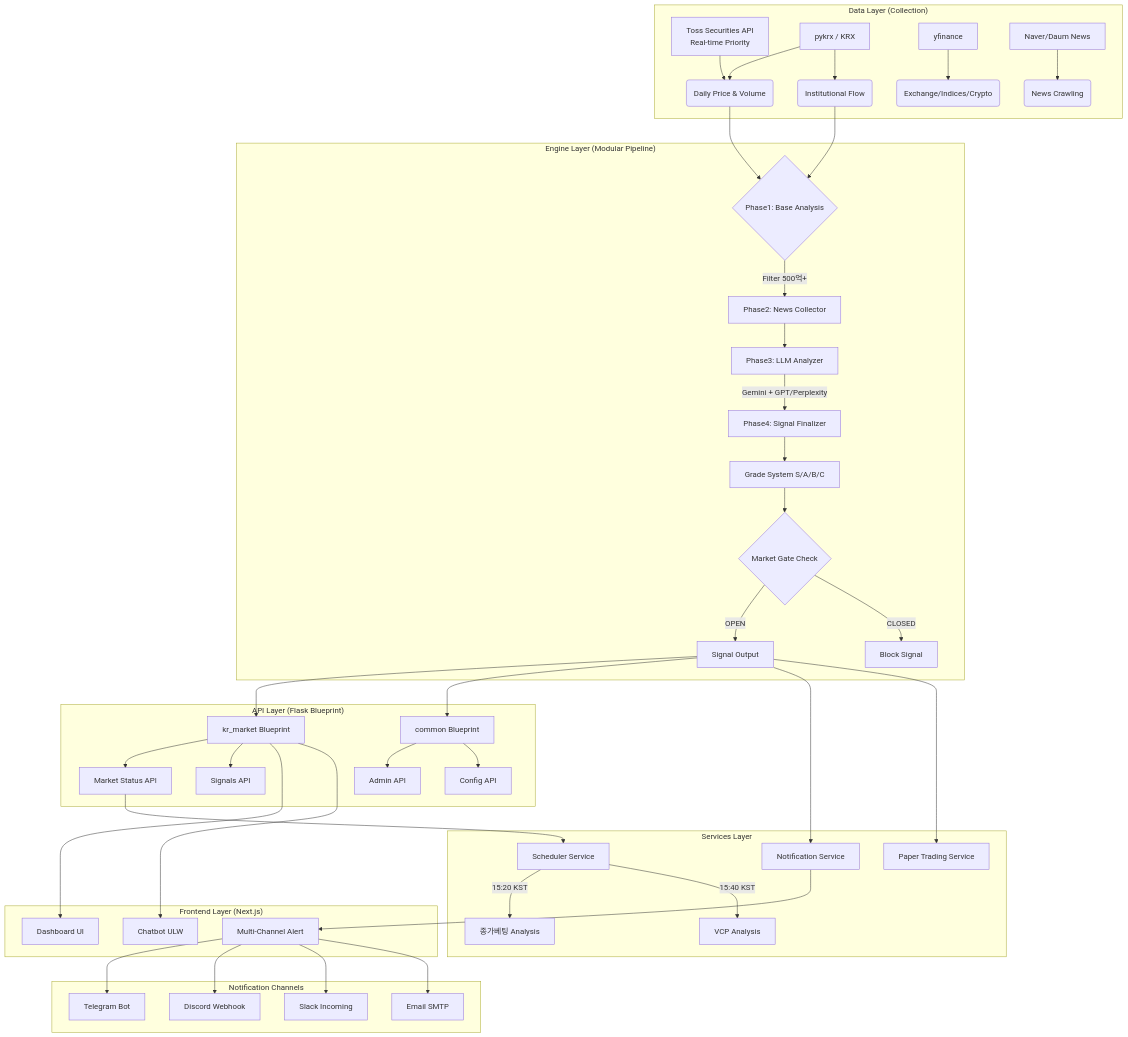
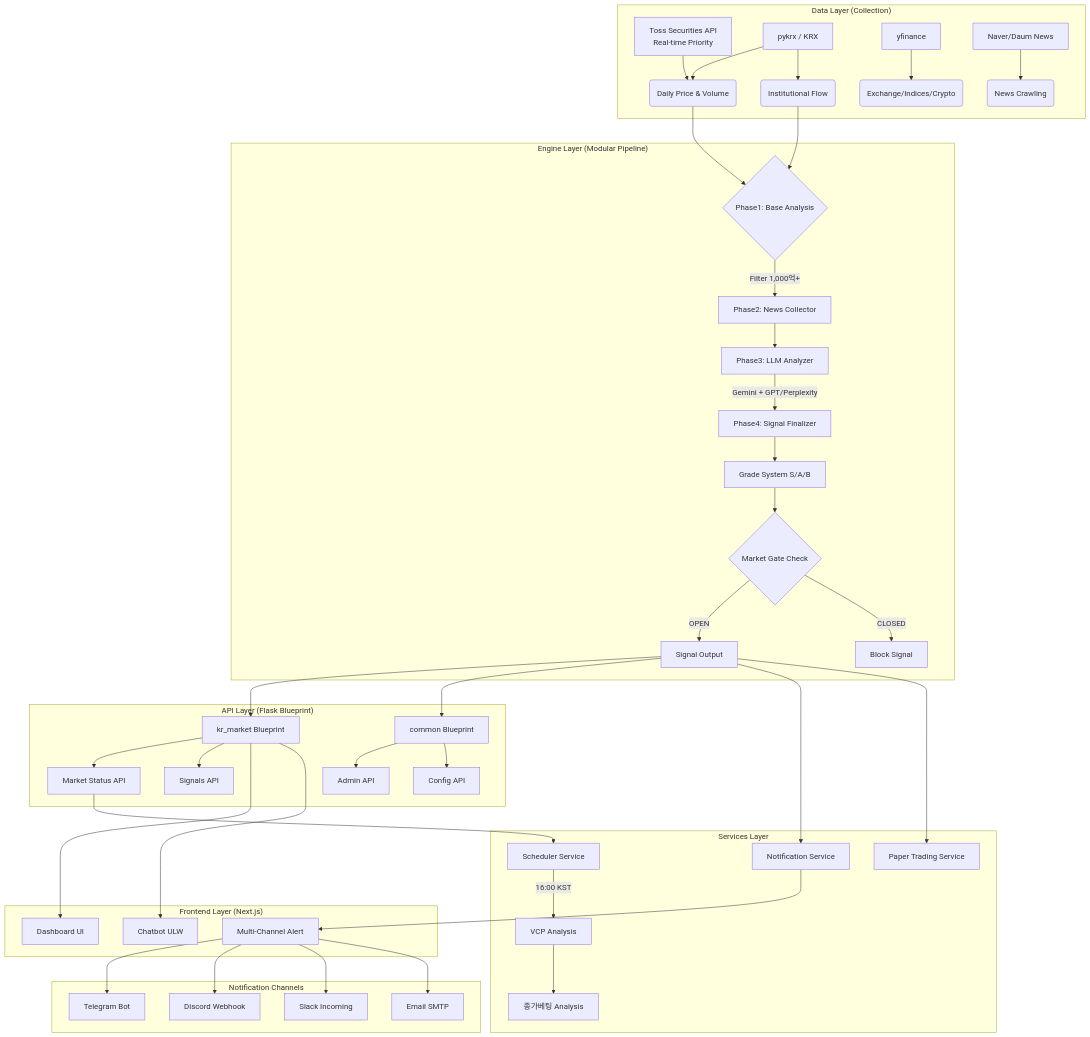
Before and after one commit to freelife1191/closing-bet-demo: the first of 6 diagrams in README.md, drawn with Mermaid. The commit also changed other lines of this file and 64 other files, not shown here.

````diff
--- a/README.md
+++ b/README.md
@@ -146,52 +120,52 @@
 ```mermaid
 graph TD
     subgraph "Data Layer (Collection)"
         A[Toss Securities API<br>Real-time Priority] --> B(Daily Price & Volume)
         C[pykrx / KRX] --> B
         C --> D(Institutional Flow)
         E[yfinance] --> F(Exchange/Indices/Crypto)
         G[Naver/Daum News] --> H(News Crawling)
     end
 
     subgraph "Engine Layer (Modular Pipeline)"
         B & D --> I{Phase1: Base Analysis}
-        I -->|Filter 500억+| J[Phase2: News Collector]
+        I -->|Filter 1,000억+| J[Phase2: News Collector]
         J --> K[Phase3: LLM Analyzer]
         K -->|Gemini + GPT/Perplexity| L[Phase4: Signal Finalizer]
-        L --> M[Grade System S/A/B/C]
+        L --> M[Grade System S/A/B]
 
         M --> N{Market Gate Check}
         N -->|OPEN| O[Signal Output]
         N -->|CLOSED| P[Block Signal]
     end
 
     subgraph "API Layer (Flask Blueprint)"
         O --> Q[kr_market Blueprint]
         O --> R[common Blueprint]
         Q --> S[Market Status API]
         Q --> T[Signals API]
         R --> U[Admin API]
         R --> V[Config API]
     end
 
     subgraph "Services Layer"
         S --> W[Scheduler Service]
         O --> X[Notification Service]
         O --> Y[Paper Trading Service]
-        W -->|15:20 KST| Z[종가베팅 Analysis]
-        W -->|15:40 KST| AA[VCP Analysis]
+        W -->|16:00 KST| AA[VCP Analysis]
+        AA --> Z[종가베팅 Analysis]
     end
 
     subgraph "Frontend Layer (Next.js)"
         Q --> AB[Dashboard UI]
         Q --> AC[Chatbot ULW]
         X --> AD[Multi-Channel Alert]
     end
 
     subgraph "Notification Channels"
         AD --> AE[Telegram Bot]
         AD --> AF[Discord Webhook]
         AD --> AG[Slack Incoming]
         AD --> AH[Email SMTP]
     end
 ```
````
